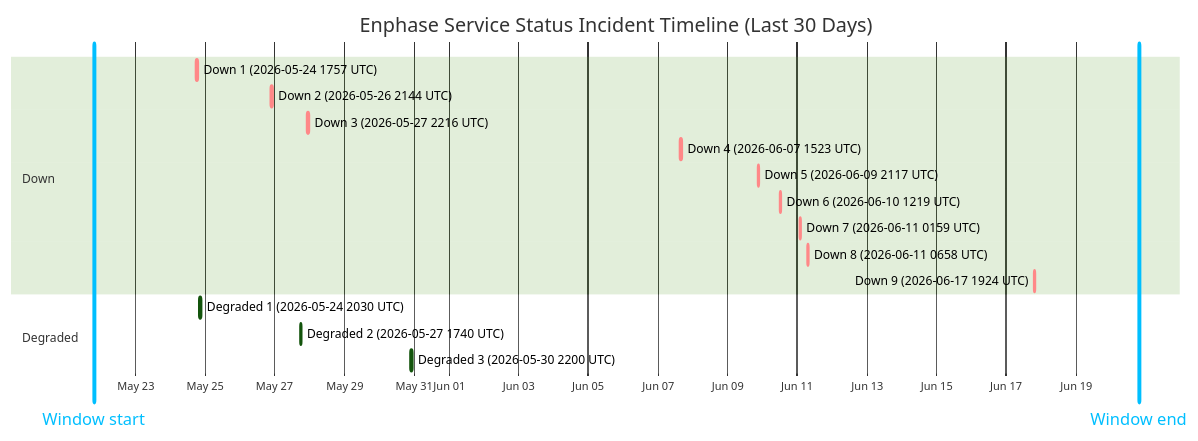
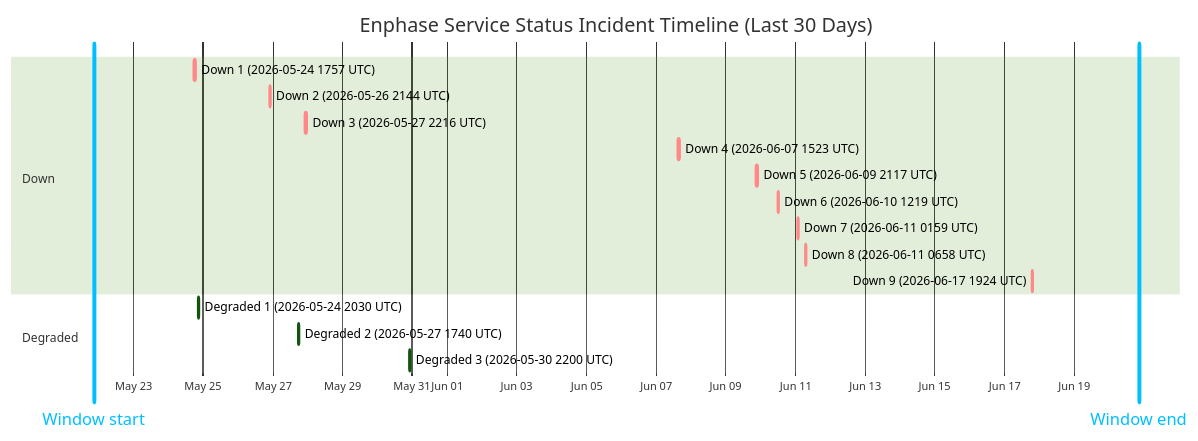
Before and after one commit to barneyonline/ha-enphase-energy: the diagram in wiki/Service-Status-History.md, drawn with Mermaid (forest theme). The commit also changed other lines of this file and 3 other files, not shown here.

````diff
--- a/wiki/Service-Status-History.md
+++ b/wiki/Service-Status-History.md
@@ -14,22 +14,22 @@
 ```mermaid
 gantt
     title Enphase Service Status Incident Timeline (Last 30 Days)
     dateFormat  YYYY-MM-DDTHH:mm:ss
     axisFormat  %b %d
-    Window start :vert, window-start, 2026-05-21T19:24:31, 0ms
-    Window end :vert, window-end, 2026-06-20T19:24:31, 0ms
+    Window start :vert, window-start, 2026-05-21T20:49:58, 0ms
+    Window end :vert, window-end, 2026-06-20T20:49:58, 0ms
     section Down
     Down 1 (2026-05-24 1757 UTC) :crit, down-1, 2026-05-24T17:57:41, 86m
     Down 2 (2026-05-26 2144 UTC) :crit, down-2, 2026-05-26T21:44:11, 85m
     Down 3 (2026-05-27 2216 UTC) :crit, down-3, 2026-05-27T22:16:53, 87m
     Down 4 (2026-06-07 1523 UTC) :crit, down-4, 2026-06-07T15:23:22, 87m
     Down 5 (2026-06-09 2117 UTC) :crit, down-5, 2026-06-09T21:17:17, 60m
     Down 6 (2026-06-10 1219 UTC) :crit, down-6, 2026-06-10T12:19:21, 60m
     Down 7 (2026-06-11 0159 UTC) :crit, down-7, 2026-06-11T01:59:36, 60m
     Down 8 (2026-06-11 0658 UTC) :crit, down-8, 2026-06-11T06:58:45, 60m
     Down 9 (2026-06-17 1924 UTC) :crit, down-9, 2026-06-17T19:24:51, 60m
     section Degraded
     Degraded 1 (2026-05-24 2030 UTC) :active, degraded-1, 2026-05-24T20:30:57, 84m
     Degraded 2 (2026-05-27 1740 UTC) :active, degraded-2, 2026-05-27T17:40:52, 60m
     Degraded 3 (2026-05-30 2200 UTC) :active, degraded-3, 2026-05-30T22:00:37, 60m
 ```
````
